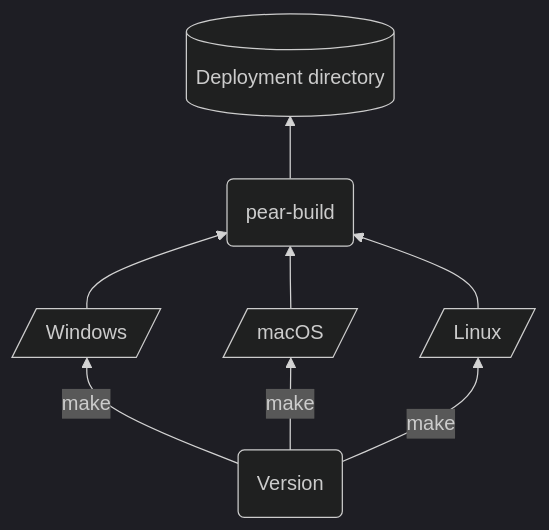
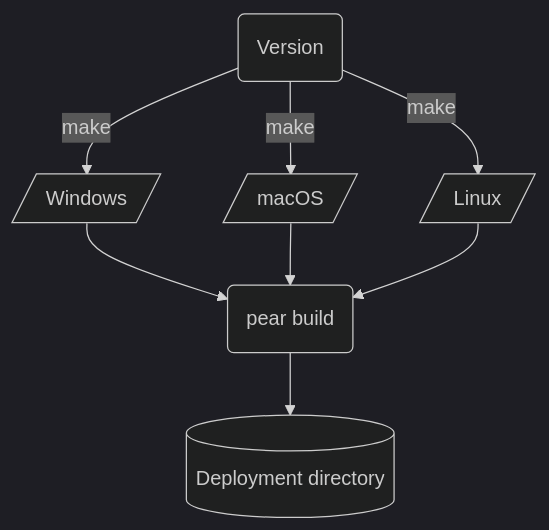
One commit to holepunchto/pear-docs changed the sixth of 9 diagrams in content/explanation/release-pipeline.mdx. Above: the diagram before and after it, drawn with Mermaid (dark theme). The commit also changed other lines of this file and 532 other files, not shown here.

````diff
--- a/content/explanation/release-pipeline.mdx
+++ b/content/explanation/release-pipeline.mdx
@@ -153,12 +151,12 @@
 ```mermaid
-graph BT
+graph TB
   V(Version) -->|make| MakeWin[/Windows/]
   V -->|make| MakeMac[/macOS/]
   V -->|make| MakeLinux[/Linux/]
 
-  MakeWin --> Build(pear-build)
+  MakeWin --> Build(pear build)
   MakeMac --> Build
   MakeLinux --> Build
 
   Build --> DF[(Deployment directory)]
 ```
````
